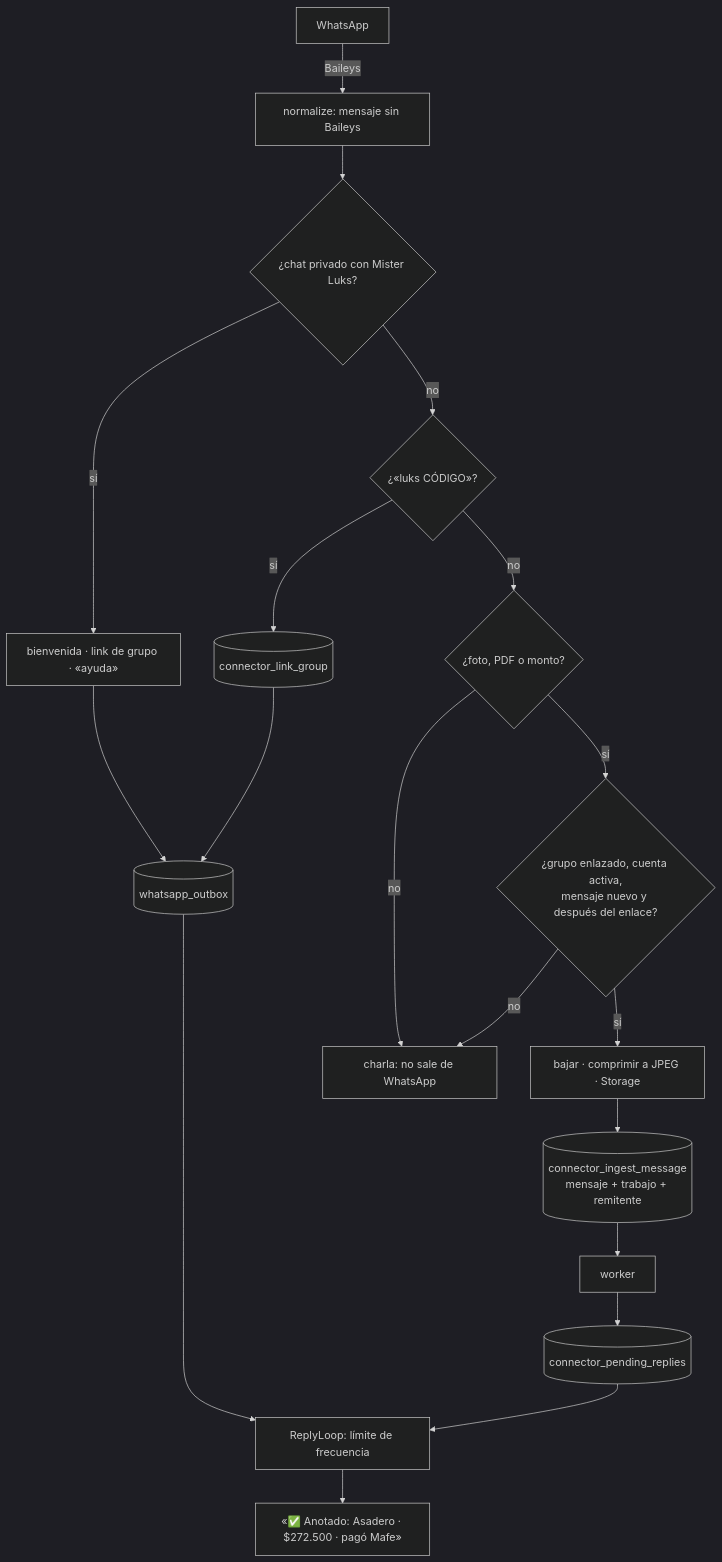
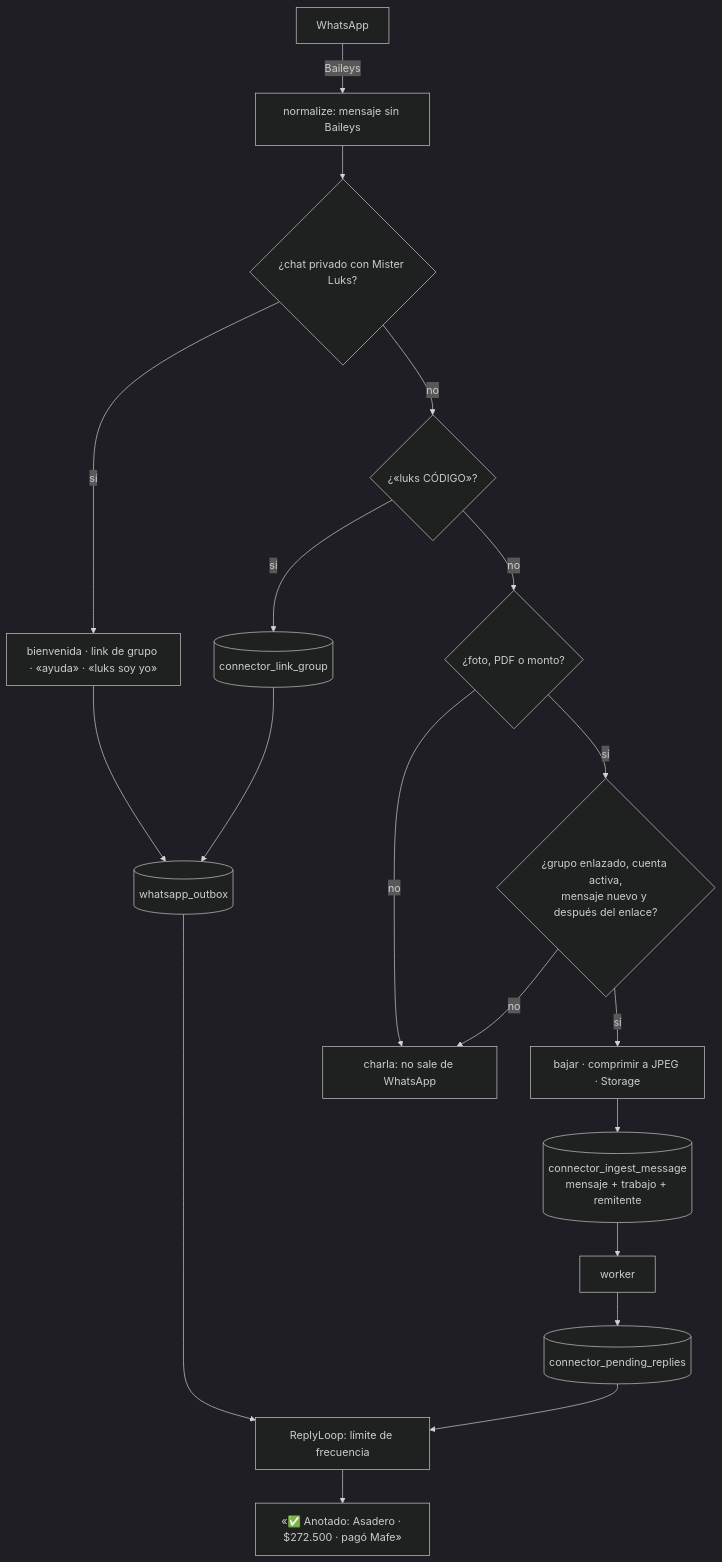
One commit to ChristianMoraLopez/Lucas changed the diagram in services/connector/README.md. Above: the diagram before and after it, drawn with Mermaid (dark theme). The commit also changed other lines of this file and 25 other files, not shown here.

First line of the commit message:
Fase 4: números verificados con «luks soy yo» y el link /v/

````diff
--- a/services/connector/README.md
+++ b/services/connector/README.md
@@ -5,18 +5,18 @@
 ```mermaid
 flowchart TD
     WA[WhatsApp] -->|Baileys| N[normalize: mensaje sin Baileys]
     N --> PV{¿chat privado con Mister Luks?}
-    PV -->|sí| B[bienvenida · link de grupo · «ayuda»] --> O[(whatsapp_outbox)]
+    PV -->|sí| B[bienvenida · link de grupo · «ayuda» · «luks soy yo»] --> O[(whatsapp_outbox)]
     PV -->|no| L{¿«luks CÓDIGO»?}
     L -->|sí| E[(connector_link_group)] --> O
     L -->|no| F{¿foto, PDF o monto?}
     F -->|no| X[charla: no sale de WhatsApp]
     F -->|sí| Q{¿grupo enlazado, cuenta activa,<br/>mensaje nuevo y después del enlace?}
     Q -->|no| X
     Q -->|sí| M[bajar · comprimir a JPEG · Storage]
     M --> I[(connector_ingest_message<br/>mensaje + trabajo + remitente)]
     I --> W[worker]
     W --> P[(connector_pending_replies)] --> R[ReplyLoop: límite de frecuencia]
     O --> R
     R --> R2[«✅ Anotado: Asadero · $272.500 · pagó Mafe»]
 ```
````
